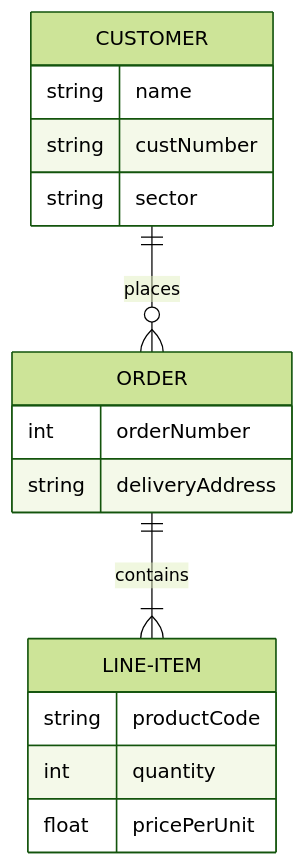
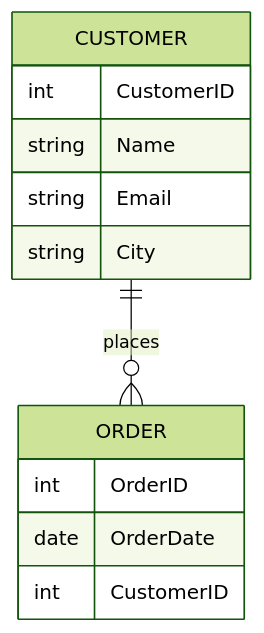
Before and after one commit to nmcguinness/l8-y1-database-systems-1: the first of 4 diagrams in content/topic_1/exercises/exercises.md, drawn with Mermaid (forest theme). The commit also changed other lines of this file and 1 other file, not shown here.

````diff
--- a/content/topic_1/exercises/exercises.md
+++ b/content/topic_1/exercises/exercises.md
@@ -3,19 +72,15 @@
 ```mermaid
 erDiagram
+    CUSTOMER {
+        int CustomerID
+        string Name
+        string Email
+        string City
+    }
+    ORDER {
+        int OrderID
+        date OrderDate
+        int CustomerID
+    }
     CUSTOMER ||--o{ ORDER : places
-    CUSTOMER {
-        string name
-        string custNumber
-        string sector
-    }
-    ORDER ||--|{ LINE-ITEM : contains
-    ORDER {
-        int orderNumber
-        string deliveryAddress
-    }
-    LINE-ITEM {
-        string productCode
-        int quantity
-        float pricePerUnit
-    }
 ```
````
